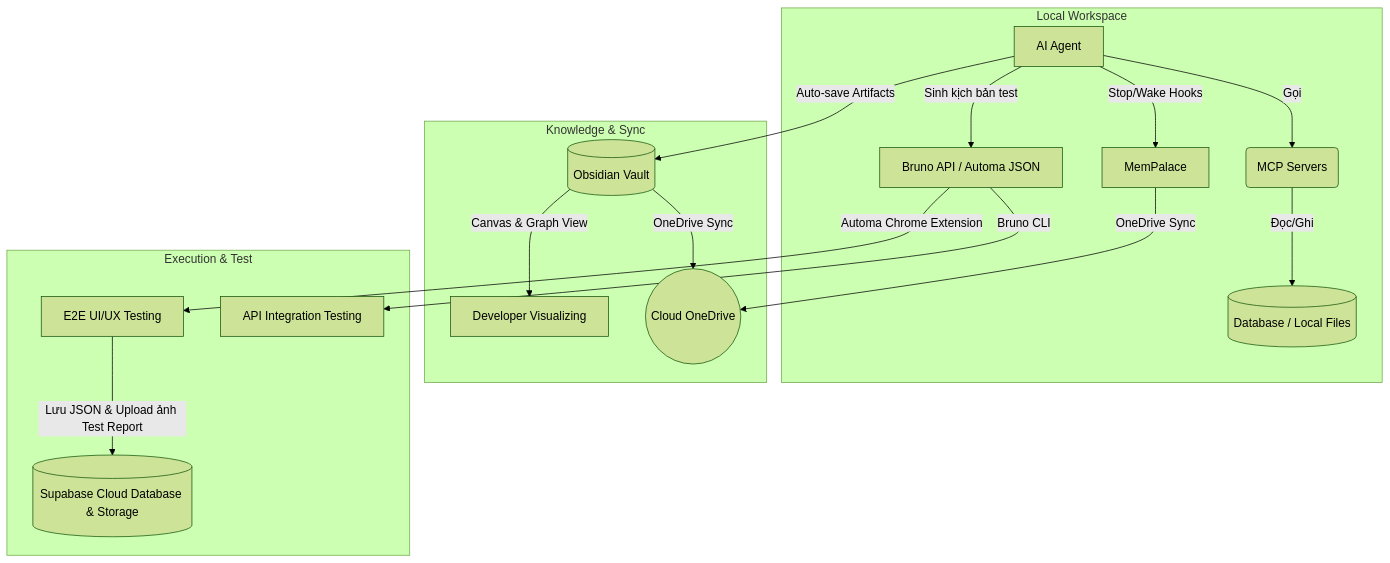
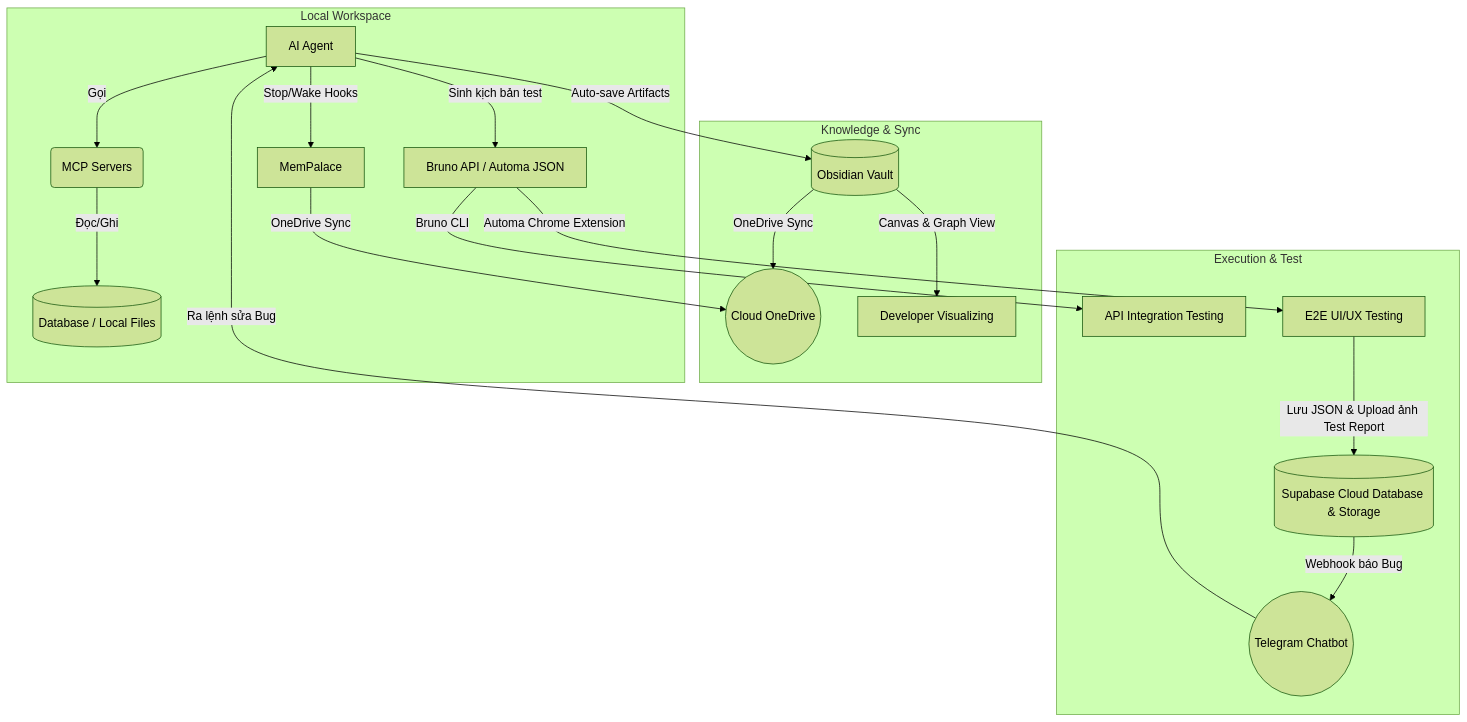
The diagram in README.md (tuquet/tips), drawn with Mermaid (forest theme) before and after one commit. The commit also changed other lines of this file, not shown here.

Commit message:
docs: integrate Supabase Webhook to Telegram and local AI Agent flow for bug alerts

````diff
--- a/README.md
+++ b/README.md
@@ -34,22 +34,24 @@
 ```mermaid
 graph TD
     subgraph Local Workspace
         A[AI Agent] -->|Gọi| B(MCP Servers)
         B -->|Đọc/Ghi| C[(Database / Local Files)]
         A -->|Stop/Wake Hooks| D[MemPalace]
         A -->|Sinh kịch bản test| E[Bruno API / Automa JSON]
     end
 
     subgraph Knowledge & Sync
         F[(Obsidian Vault)] -->|OneDrive Sync| G((Cloud OneDrive))
         D -->|OneDrive Sync| G
         A -->|Auto-save Artifacts| F
         F -->|Canvas & Graph View| H[Developer Visualizing]
     end
 
     subgraph Execution & Test
         E -->|Bruno CLI| I[API Integration Testing]
         E -->|Automa Chrome Extension| J[E2E UI/UX Testing]
         J -->|Lưu JSON & Upload ảnh Test Report| K[(Supabase Cloud Database & Storage)]
+        K -->|Webhook báo Bug| L((Telegram Chatbot))
+        L -->|Ra lệnh sửa Bug| A
     end
 ```
````
